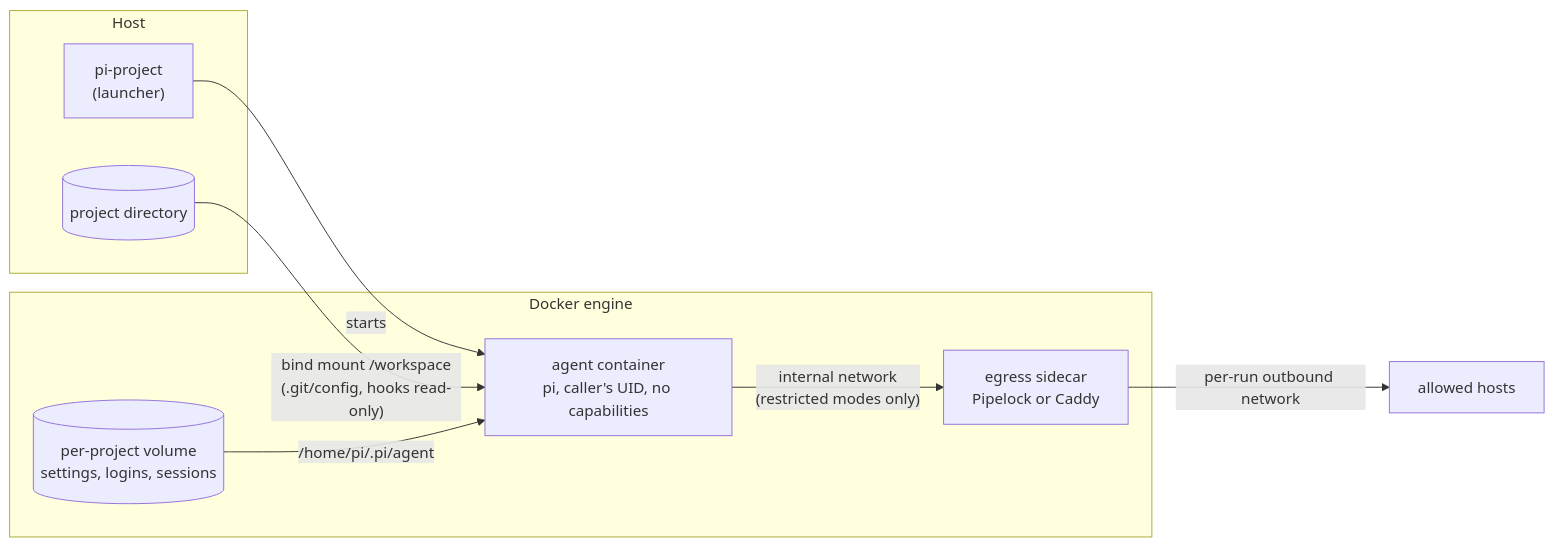
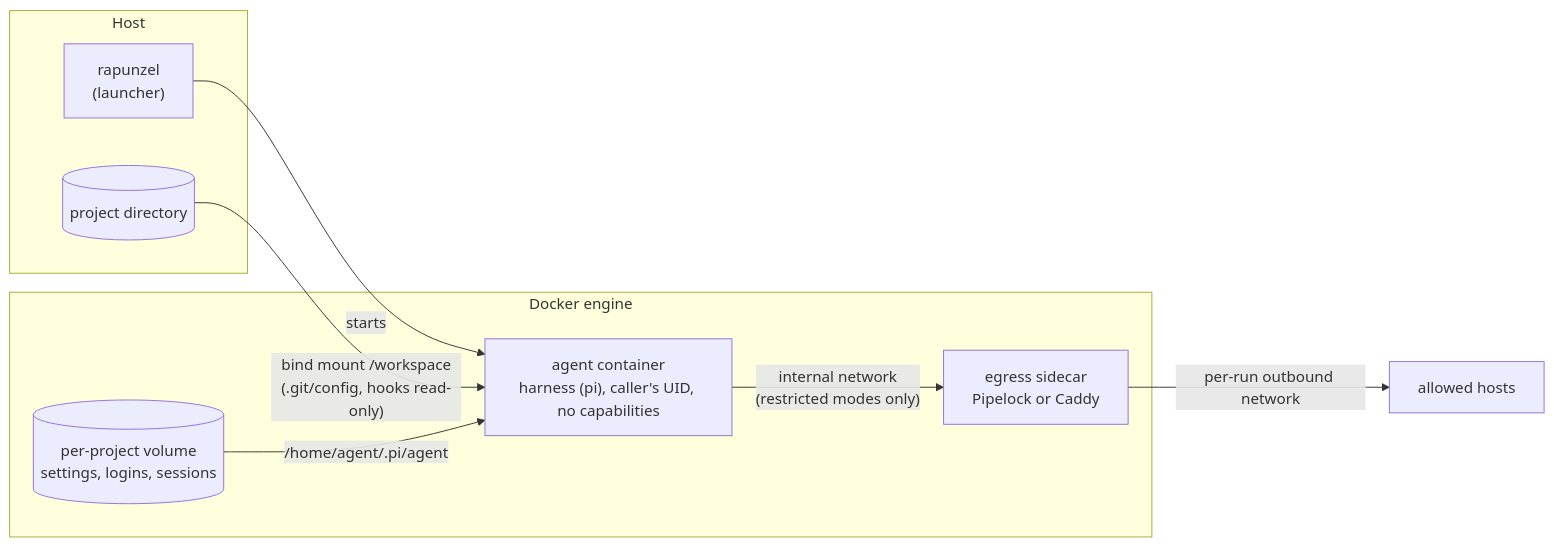
One commit to koopycat/pi-docker changed the diagram in docs/architecture.md. Above: the diagram before and after it, drawn with Mermaid. The commit also changed other lines of this file and 26 other files, not shown here.

````diff
--- a/docs/architecture.md
+++ b/docs/architecture.md
@@ -60,17 +62,17 @@
 ```mermaid
 flowchart LR
   subgraph host["Host"]
-    user["pi-project<br/>(launcher)"]
+    user["rapunzel<br/>(launcher)"]
     project[("project directory")]
   end
   subgraph docker["Docker engine"]
-    agent["agent container<br/>pi, caller's UID, no capabilities"]
+    agent["agent container<br/>harness (pi), caller's UID, no capabilities"]
     volume[("per-project volume<br/>settings, logins, sessions")]
     sidecar["egress sidecar<br/>Pipelock or Caddy"]
   end
   user -->|starts| agent
   project -->|"bind mount /workspace<br/>(.git/config, hooks read-only)"| agent
-  volume -->|"/home/pi/.pi/agent"| agent
+  volume -->|"/home/agent/.pi/agent"| agent
   agent -->|"internal network<br/>(restricted modes only)"| sidecar
   sidecar -->|"per-run outbound network"| internet["allowed hosts"]
 ```
````
